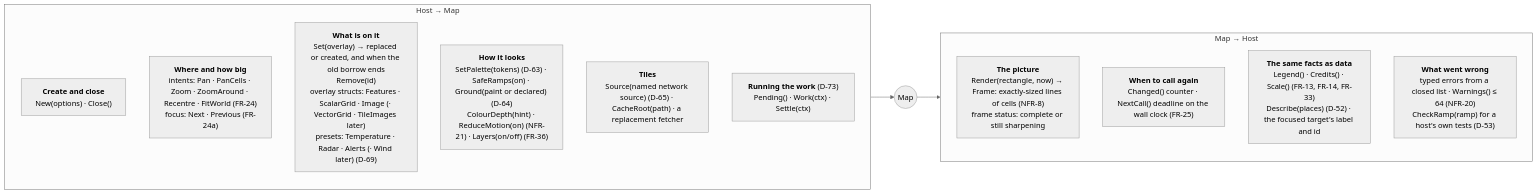
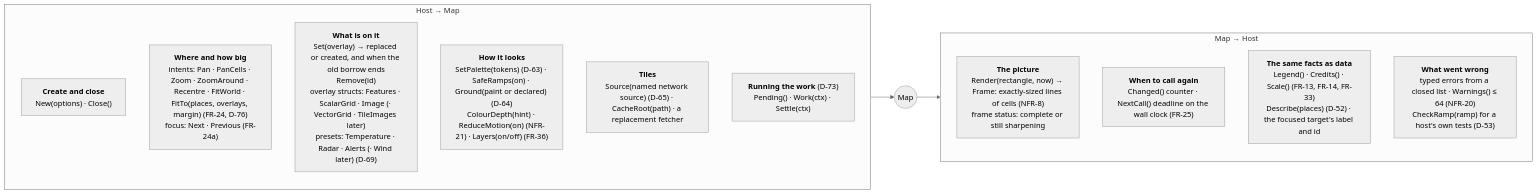
Before and after one commit to branden-thompson/go-tuimaps: the third of 3 diagrams in 06_docs/02_features/go-tuimaps/03-architecture-design/architecture.md, drawn with Mermaid (neutral theme). The commit also changed other lines of this file and 5 other files, not shown here.

First line of the commit message:
docs(plan): ruling D-76 — an intent that fits the view to named places and overlays

````diff
--- a/06_docs/02_features/go-tuimaps/03-architecture-design/architecture.md
+++ b/06_docs/02_features/go-tuimaps/03-architecture-design/architecture.md
@@ -187,20 +187,20 @@
 ```mermaid
 flowchart LR
     subgraph IN["Host → Map"]
       direction TB
       A1["<b>Create and close</b><br/>New(options) · Close()"]
-      A2["<b>Where and how big</b><br/>intents: Pan · PanCells · Zoom · ZoomAround · Recentre · FitWorld (FR-24)<br/>focus: Next · Previous (FR-24a)"]
+      A2["<b>Where and how big</b><br/>intents: Pan · PanCells · Zoom · ZoomAround · Recentre · FitWorld · FitTo(places, overlays, margin) (FR-24, D-76)<br/>focus: Next · Previous (FR-24a)"]
       A3["<b>What is on it</b><br/>Set(overlay) → replaced or created, and when the old borrow ends<br/>Remove(id)<br/>overlay structs: Features · ScalarGrid · Image (· VectorGrid · TileImages later)<br/>presets: Temperature · Radar · Alerts (· Wind later) (D-69)"]
       A4["<b>How it looks</b><br/>SetPalette(tokens) (D-63) · SafeRamps(on) · Ground(paint or declared) (D-64)<br/>ColourDepth(hint) · ReduceMotion(on) (NFR-21) · Layers(on/off) (FR-36)"]
       A5["<b>Tiles</b><br/>Source(named network source) (D-65) · CacheRoot(path) · a replacement fetcher"]
       A6["<b>Running the work</b> (D-73)<br/>Pending() · Work(ctx) · Settle(ctx)"]
     end
     subgraph OUTB["Map → Host"]
       direction TB
       B1["<b>The picture</b><br/>Render(rectangle, now) → Frame: exactly-sized lines of cells (NFR-8)<br/>frame status: complete or still sharpening"]
       B2["<b>When to call again</b><br/>Changed() counter · NextCall() deadline on the wall clock (FR-25)"]
       B3["<b>The same facts as data</b><br/>Legend() · Credits() · Scale() (FR-13, FR-14, FR-33)<br/>Describe(places) (D-52) · the focused target's label and id"]
       B4["<b>What went wrong</b><br/>typed errors from a closed list · Warnings() ≤ 64 (NFR-20)<br/>CheckRamp(ramp) for a host's own tests (D-53)"]
     end
     IN --> M((Map)) --> OUTB
 ```
````
